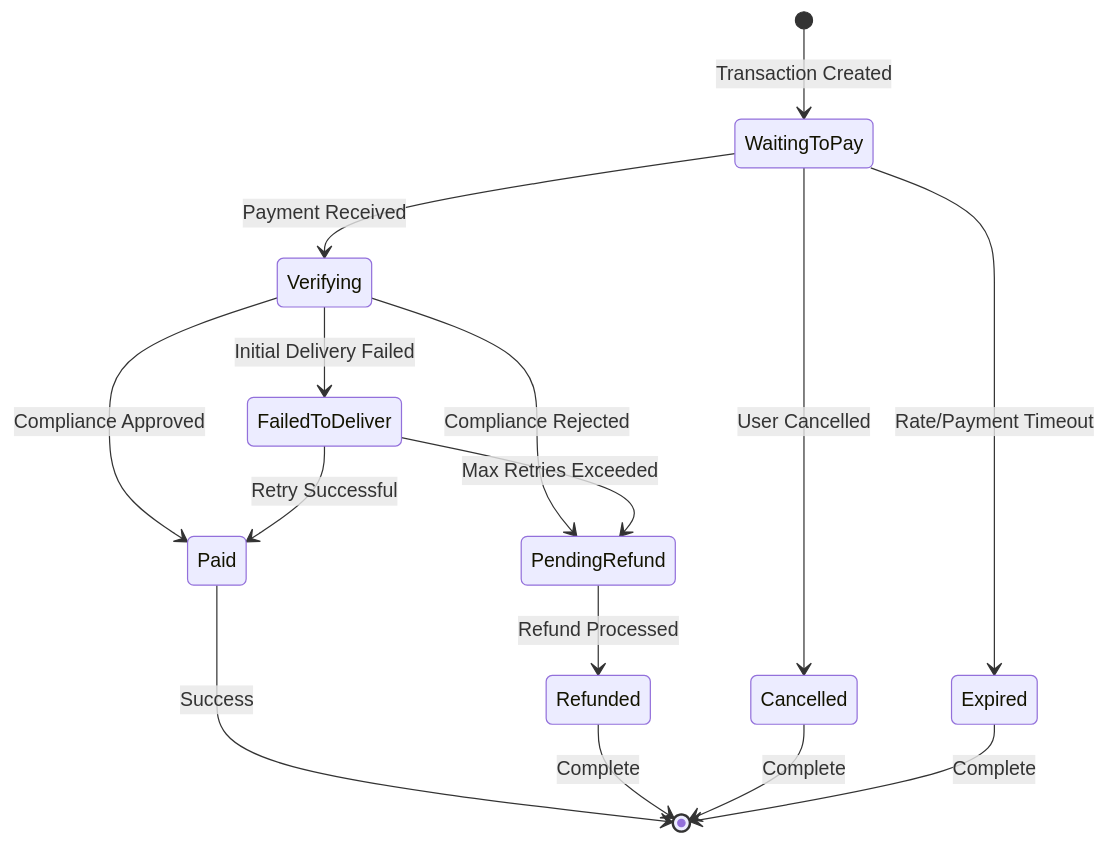
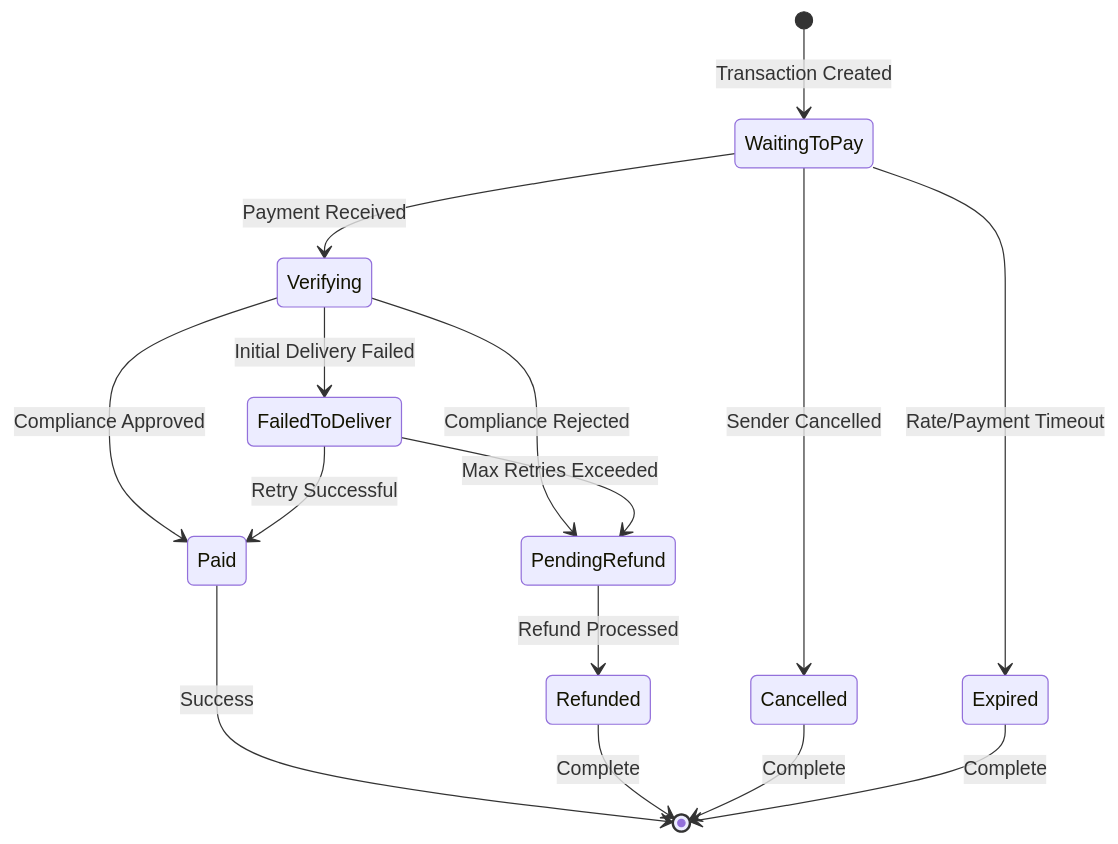
One commit to trillionclues-fincode/docs changed diagram 14 of 14 in remittance/process-flows.mdx. Above: the diagram before and after it, drawn with Mermaid. The commit also changed other lines of this file and 7 other files, not shown here.

````diff
--- a/remittance/process-flows.mdx
+++ b/remittance/process-flows.mdx
@@ -1051,22 +1046,22 @@
 ```mermaid
 stateDiagram-v2
     [*] --> WaitingToPay: Transaction Created
     WaitingToPay --> Verifying: Payment Received
-    WaitingToPay --> Cancelled: User Cancelled
+    WaitingToPay --> Cancelled: Sender Cancelled
     WaitingToPay --> Expired: Rate/Payment Timeout
 
     Verifying --> Paid: Compliance Approved
     Verifying --> PendingRefund: Compliance Rejected
     Verifying --> FailedToDeliver: Initial Delivery Failed
 
     Paid --> [*]: Success
 
     FailedToDeliver --> Paid: Retry Successful
     FailedToDeliver --> PendingRefund: Max Retries Exceeded
 
     PendingRefund --> Refunded: Refund Processed
     Refunded --> [*]: Complete
 
     Cancelled --> [*]: Complete
     Expired --> [*]: Complete
 ```
````
